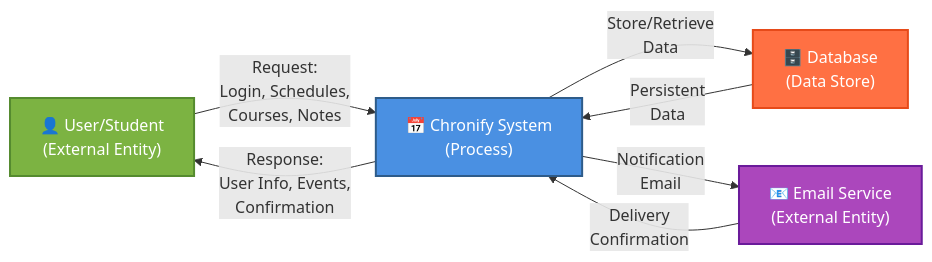
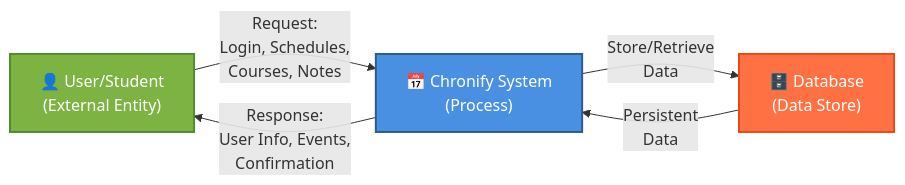
The ninth of 12 diagrams in chronify_system_models_back-end.md (Dan5N/Chronify_back-end), drawn with Mermaid before and after one commit. The commit also changed other lines of this file and 1 other file, not shown here.

````diff
--- a/chronify_system_models_back-end.md
+++ b/chronify_system_models_back-end.md
@@ -626,19 +666,15 @@
 ```mermaid
 graph LR
     User["👤 User/Student<br/>(External Entity)"]
     System["📅 Chronify System<br/>(Process)"]
     DB["🗄️ Database<br/>(Data Store)"]
-    Email["📧 Email Service<br/>(External Entity)"]
-    
+
     User -->|Request:<br/>Login, Schedules,<br/>Courses, Notes| System
     System -->|Response:<br/>User Info, Events,<br/>Confirmation| User
     System -->|Store/Retrieve<br/>Data| DB
     DB -->|Persistent<br/>Data| System
-    System -->|Notification<br/>Email| Email
-    Email -->|Delivery<br/>Confirmation| System
-    
+  
     style User fill:#7CB342,stroke:#558B2F,stroke-width:2px,color:#fff
     style System fill:#4A90E2,stroke:#2E5C8A,stroke-width:2px,color:#fff
     style DB fill:#FF7043,stroke:#E64A19,stroke-width:2px,color:#fff
-    style Email fill:#AB47BC,stroke:#6A1B9A,stroke-width:2px,color:#fff
 ```
````
